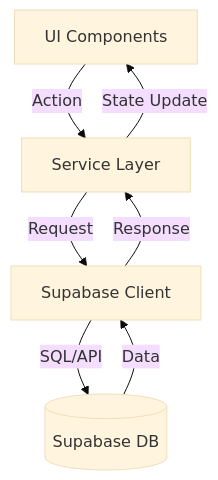
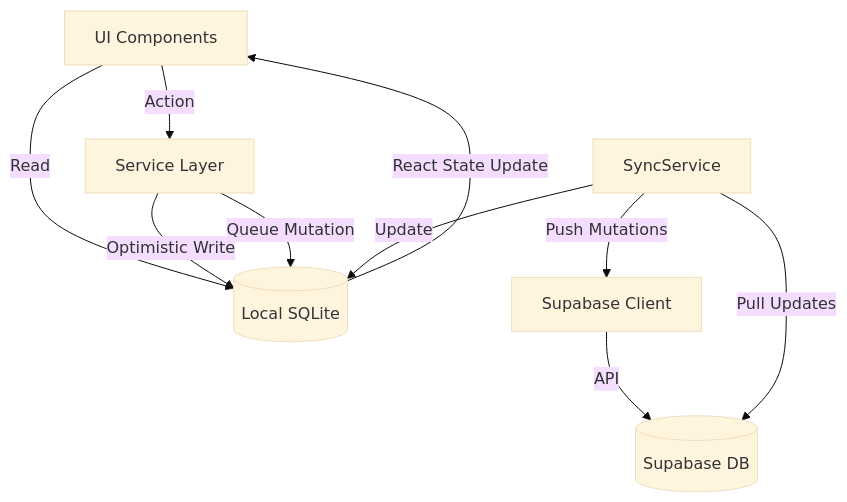
The diagram in doc/02-arquitetura.md (flutterbrflow/easytravel), drawn with Mermaid (base theme) before and after one commit. The commit also changed other lines of this file and 17 other files, not shown here.

````diff
--- a/doc/02-arquitetura.md
+++ b/doc/02-arquitetura.md
@@ -43,9 +43,12 @@
 ```mermaid
 graph TD
-    A[UI Components] -->|Action| B[Service Layer]
-    B -->|Request| C[Supabase Client]
-    C -->|SQL/API| D[(Supabase DB)]
-    D -->|Data| C
-    C -->|Response| B
-    B -->|State Update| A
+    A[UI Components] -->|Read| B[(Local SQLite)]
+    A -->|Action| C[Service Layer]
+    C -->|Optimistic Write| B
+    C -->|Queue Mutation| B
+    D[SyncService] -->|Push Mutations| E[Supabase Client]
+    E -->|API| F[(Supabase DB)]
+    D -->|Pull Updates| F
+    D -->|Update| B
+    B -->|React State Update| A
 ```
````
